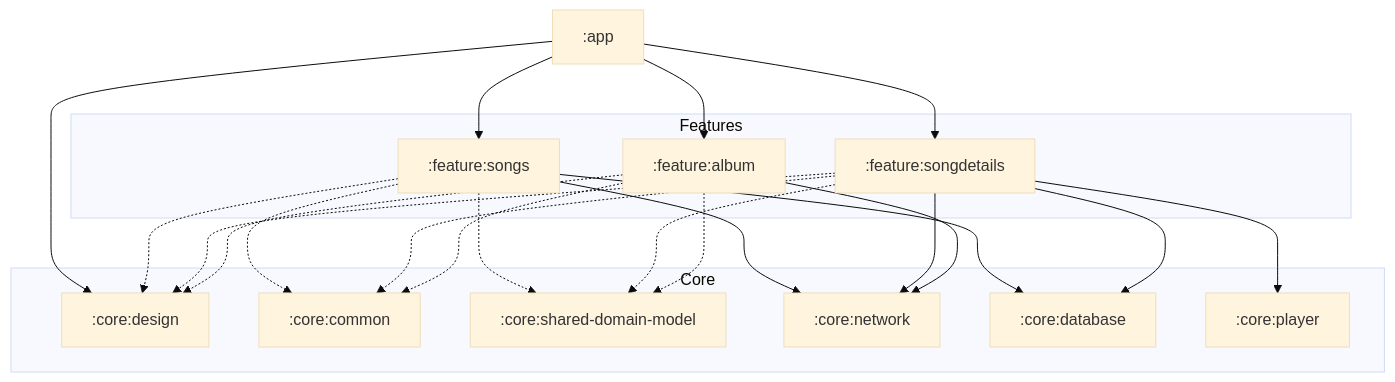
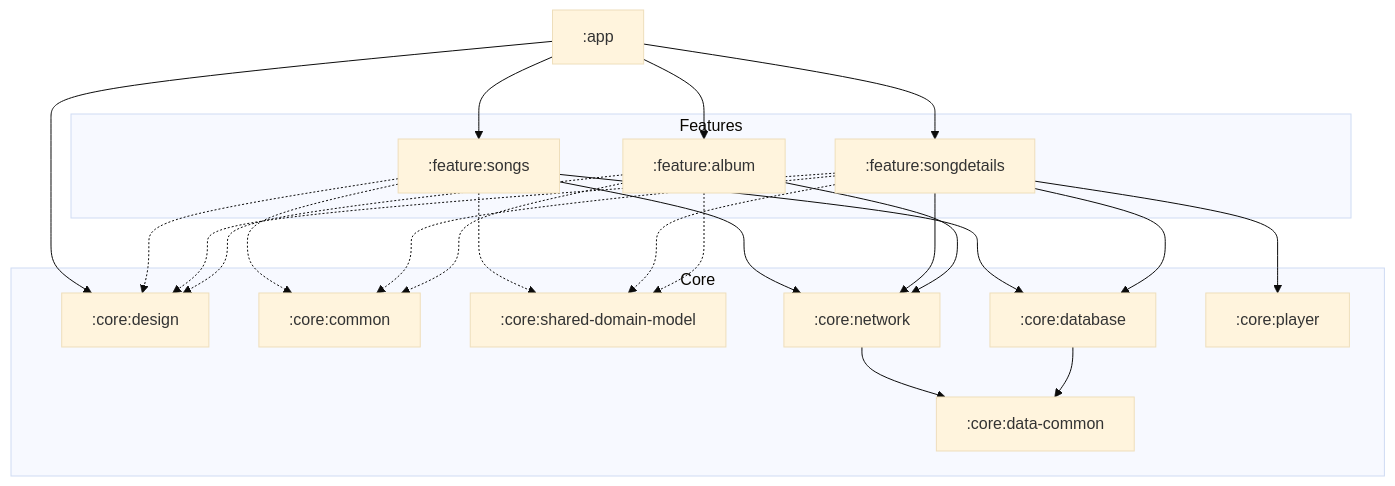
One commit to lucasdias4/moisesai-android-challange changed the diagram in README.md. Above: the diagram before and after it, drawn with Mermaid (base theme). The commit also changed other lines of this file and 27 other files, not shown here.

Commit message:
Add core:data-common module with safeCall and asSafeResult

````diff
--- a/README.md
+++ b/README.md
@@ -90,25 +90,27 @@
 ```mermaid
 graph TD
     app[":app"]
 
     subgraph features["Features"]
         songs[":feature:songs"]
         songdetails[":feature:songdetails"]
         album[":feature:album"]
     end
 
     subgraph core["Core"]
         design[":core:design"]
         common[":core:common"]
+        datacommon[":core:data-common"]
         shared[":core:shared-domain-model"]
         network[":core:network"]
         database[":core:database"]
         player[":core:player"]
     end
 
     app --> songs & songdetails & album & design
+    network & database --> datacommon
     songs --> network & database
     songdetails --> network & database & player
     album --> network
     songs & songdetails & album -.-> design & common & shared
 ```
````
